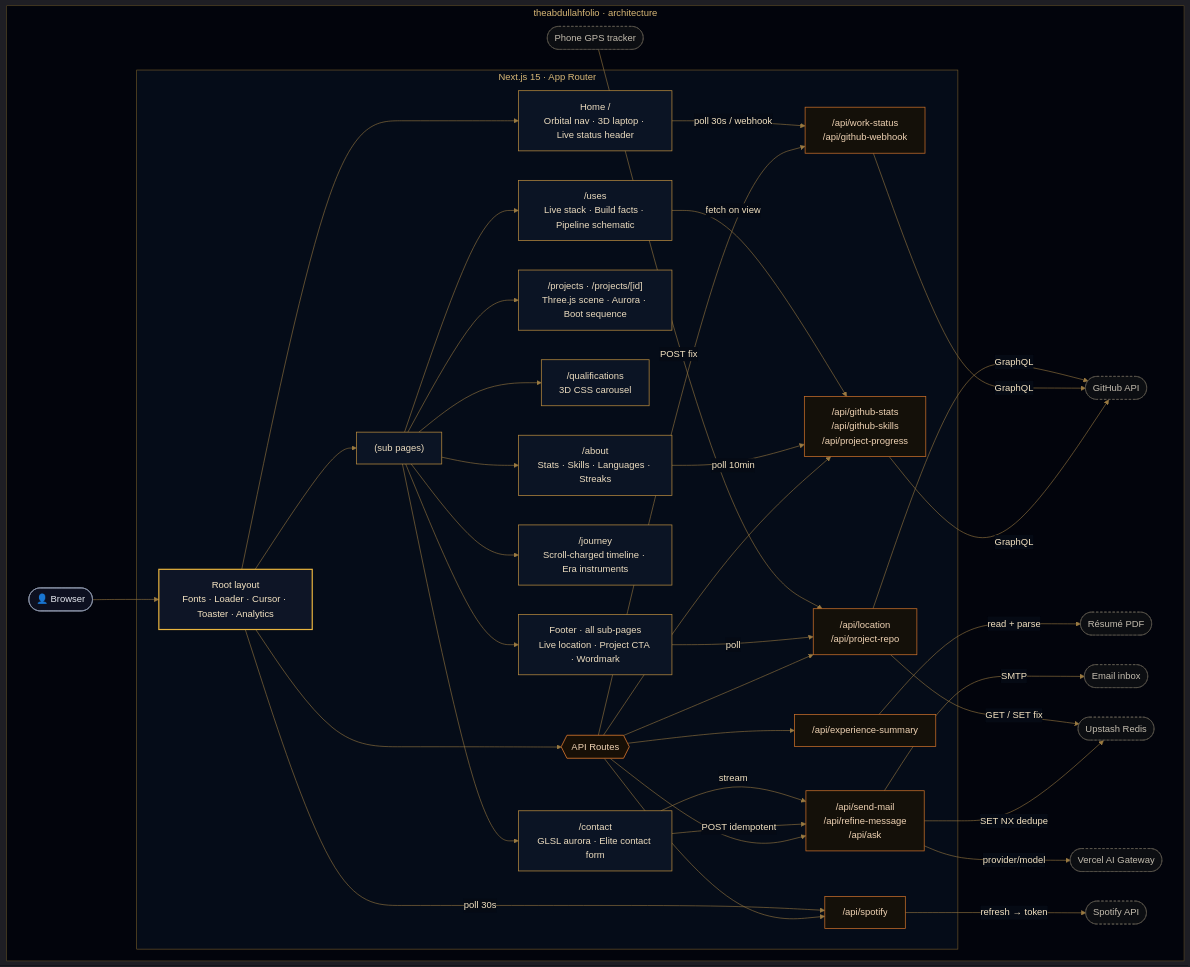
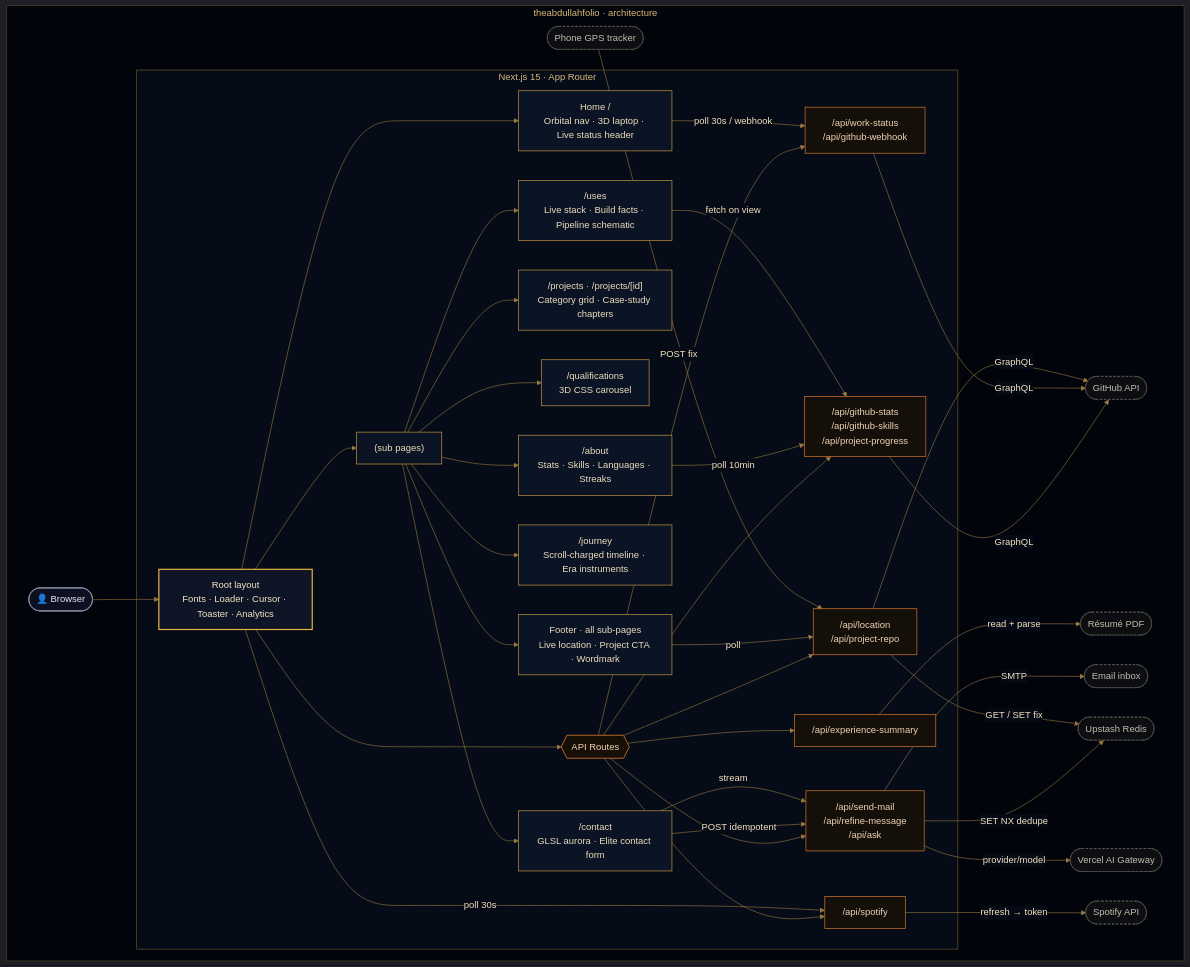
Before and after one commit to MA1002643/theabdullahfolio: the first of 2 diagrams in README.md, drawn with Mermaid. The commit also changed other lines of this file and 199 other files, not shown here.

````diff
--- a/README.md
+++ b/README.md
@@ -150,72 +147,72 @@
 ```mermaid
 %%{init: {"theme":"dark","themeVariables":{"fontFamily":"ui-sans-serif, system-ui, -apple-system, Segoe UI, sans-serif","lineColor":"#9a7a42","edgeLabelBackground":"#050a14","tertiaryColor":"#050a14"}}}%%
 graph TD
     subgraph Sys[" theabdullahfolio · architecture "]
         Browser(["👤 Browser"])
 
         subgraph App[" Next.js 15 · App Router "]
             Root["Root layout<br/>Fonts · Loader · Cursor · Toaster · Analytics"]
             Root --> Home["Home /<br/>Orbital nav · 3D laptop · Live status header"]
             Root --> Pages["(sub pages)"]
             Pages --> About["/about<br/>Stats · Skills · Languages · Streaks"]
-            Pages --> Projects["/projects · /projects/[id]<br/>Three.js scene · Aurora · Boot sequence"]
+            Pages --> Projects["/projects · /projects/[id]<br/>Category grid · Case-study chapters"]
             Pages --> Quals["/qualifications<br/>3D CSS carousel"]
             Pages --> Contact["/contact<br/>GLSL aurora · Elite contact form"]
             Pages --> Journey["/journey<br/>Scroll-charged timeline · Era instruments"]
             Pages --> Uses["/uses<br/>Live stack · Build facts · Pipeline schematic"]
             Pages --> Footer["Footer · all sub-pages<br/>Live location · Project CTA · Wordmark"]
 
             Root --> API{{"API Routes"}}
             API --> Stats["/api/github-stats<br/>/api/github-skills<br/>/api/project-progress"]
             API --> Exp["/api/experience-summary"]
             API --> Work["/api/work-status<br/>/api/github-webhook"]
             API --> Mail["/api/send-mail<br/>/api/refine-message<br/>/api/ask"]
             API --> Foot["/api/location<br/>/api/project-repo"]
             API --> Music["/api/spotify"]
         end
 
         GitHub([GitHub API])
         PDF([Résumé PDF])
         Inbox([Email inbox])
         Redis([Upstash Redis])
         Gateway([Vercel AI Gateway])
         Tracker([Phone GPS tracker])
         Spotify([Spotify API])
 
         Browser --> Root
         About -->|poll 10min| Stats
         Uses -->|fetch on view| Stats
         Home -->|poll 30s / webhook| Work
         Contact -->|POST idempotent| Mail
         Contact -->|stream| Mail
         Stats -->|GraphQL| GitHub
         Work -->|GraphQL| GitHub
         Exp -->|read + parse| PDF
         Mail -->|SMTP| Inbox
         Mail -->|SET NX dedupe| Redis
         Mail -->|provider/model| Gateway
         Footer -->|poll| Foot
         Tracker -->|POST fix| Foot
         Foot -->|GraphQL| GitHub
         Foot -->|GET / SET fix| Redis
         Root -->|poll 30s| Music
         Music -->|refresh → token| Spotify
     end
 
     classDef client fill:#0d1020,stroke:#8f99ad,stroke-width:1.25px,color:#e6e9f0;
     classDef root fill:#0e1526,stroke:#eab53e,stroke-width:2px,color:#f4e3c2;
     classDef page fill:#0b1424,stroke:#b78a3e,stroke-width:1.25px,color:#ecdcbf;
     classDef api fill:#141009,stroke:#c96f2a,stroke-width:1.25px,color:#f0d3b4;
     classDef gateway fill:#170f06,stroke:#c96f2a,stroke-width:1.5px,color:#f0d3b4;
     classDef ext fill:#0c0e12,stroke:#5f5a50,stroke-width:1px,color:#c3bcae,stroke-dasharray:4 3;
 
     class Browser client;
     class Root root;
     class Home,Pages,About,Projects,Quals,Contact,Journey,Uses,Footer page;
     class Stats,Exp,Work,Mail,Foot,Music api;
     class API gateway;
     class GitHub,PDF,Inbox,Redis,Gateway,Tracker,Spotify ext;
 
     style Sys fill:#02040c,stroke:#5c4a24,stroke-width:1px,color:#d9b877;
     style App fill:#050c18,stroke:#7a5f2c,stroke-width:1px,color:#d9b877;
 ```
````
